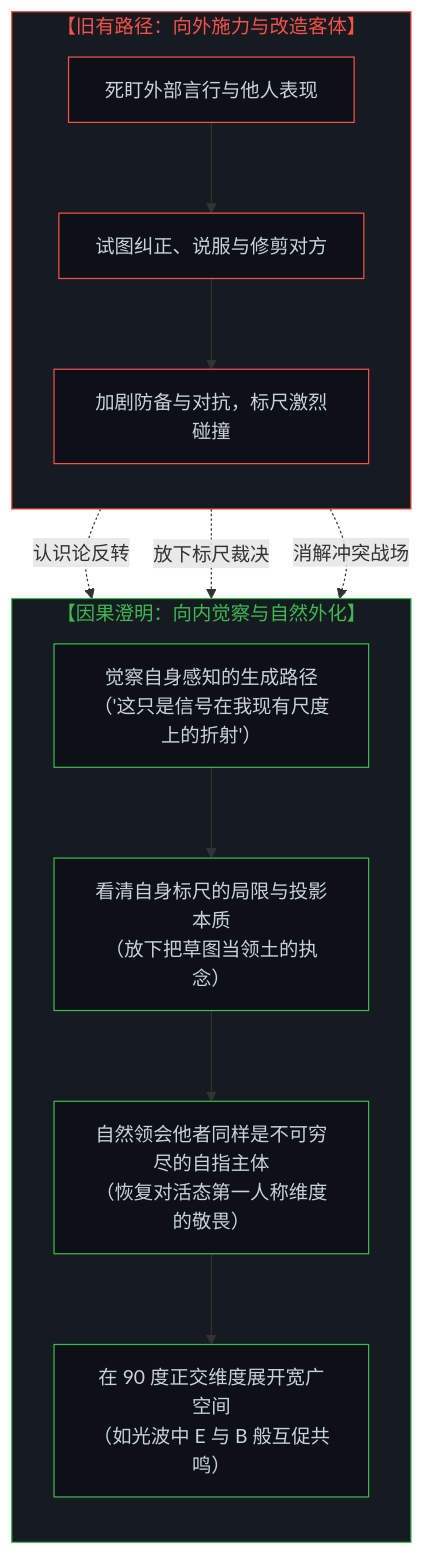
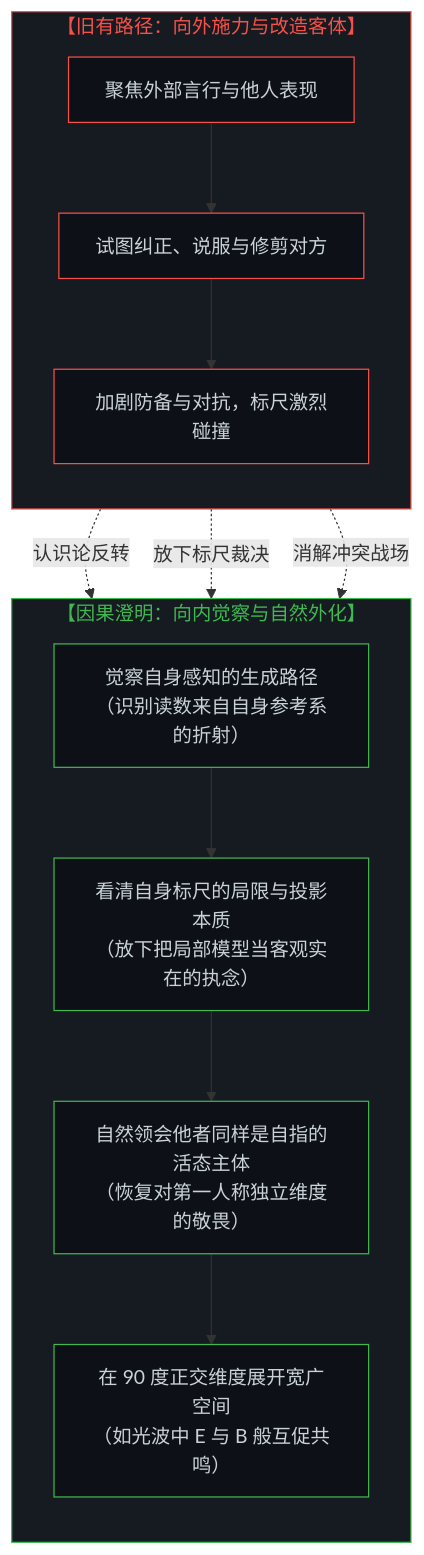
Before and after one commit to powerpig99/not-a-toe: the fourth of 4 diagrams in content/posts/the-illusion-of-knowing-and-the-geometry-of-amputation.md, drawn with Mermaid. The commit also changed other lines of this file and 1 other file, not shown here.

````diff
--- a/content/posts/the-illusion-of-knowing-and-the-geometry-of-amputation.md
+++ b/content/posts/the-illusion-of-knowing-and-the-geometry-of-amputation.md
@@ -205,33 +203,33 @@
 ```mermaid
 graph TD
     subgraph S_External_Effort["【旧有路径：向外施力与改造客体】"]
         direction TB
-        P1["死盯外部言行与他人表现"]
+        P1["聚焦外部言行与他人表现"]
         P2["试图纠正、说服与修剪对方"]
         P3["加剧防备与对抗，标尺激烈碰撞"]
         P1 --> P2 --> P3
     end
 
     subgraph S_Internal_Clarity["【因果澄明：向内觉察与自然外化】"]
         direction TB
-        Q1["觉察自身感知的生成路径<br>（'这只是信号在我现有尺度上的折射'）"]
-        Q2["看清自身标尺的局限与投影本质<br>（放下把草图当领土的执念）"]
-        Q3["自然领会他者同样是不可穷尽的自指主体<br>（恢复对活态第一人称维度的敬畏）"]
+        Q1["觉察自身感知的生成路径<br>（识别读数来自自身参考系的折射）"]
+        Q2["看清自身标尺的局限与投影本质<br>（放下把局部模型当客观实在的执念）"]
+        Q3["自然领会他者同样是自指的活态主体<br>（恢复对第一人称独立维度的敬畏）"]
         Q4["在 90 度正交维度展开宽广空间<br>（如光波中 E 与 B 般互促共鸣）"]
         Q1 --> Q2 --> Q3 --> Q4
     end
 
     P1 -.->|"认识论反转"| Q1
     P2 -.->|"放下标尺裁决"| Q2
     P3 -.->|"消解冲突战场"| Q4
 
     style S_External_Effort fill:#161b22,stroke:#f85149,stroke-width:1px,color:#f85149
     style S_Internal_Clarity fill:#161b22,stroke:#3fb950,stroke-width:1px,color:#3fb950
     style P1 fill:#0d1117,stroke:#f85149,stroke-width:1px,color:#c9d1d9
     style P2 fill:#0d1117,stroke:#f85149,stroke-width:1px,color:#c9d1d9
     style P3 fill:#0d1117,stroke:#f85149,stroke-width:1px,color:#c9d1d9
     style Q1 fill:#0d1117,stroke:#3fb950,stroke-width:1px,color:#c9d1d9
     style Q2 fill:#0d1117,stroke:#3fb950,stroke-width:1px,color:#c9d1d9
     style Q3 fill:#0d1117,stroke:#3fb950,stroke-width:1px,color:#c9d1d9
     style Q4 fill:#0d1117,stroke:#3fb950,stroke-width:1px,color:#c9d1d9
 ```
````
